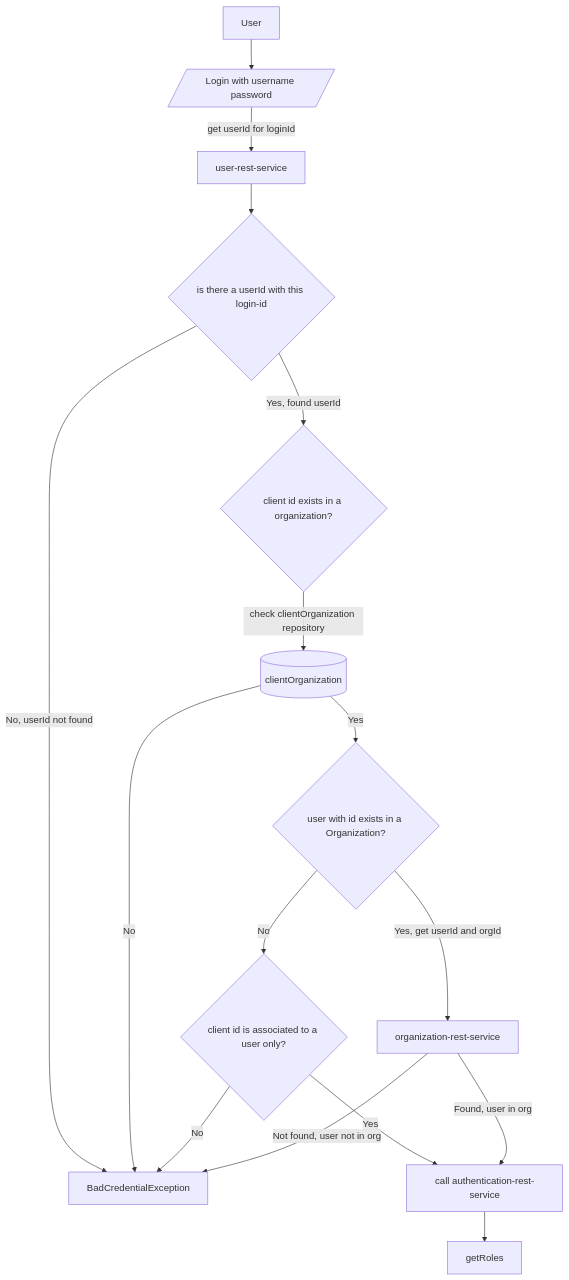
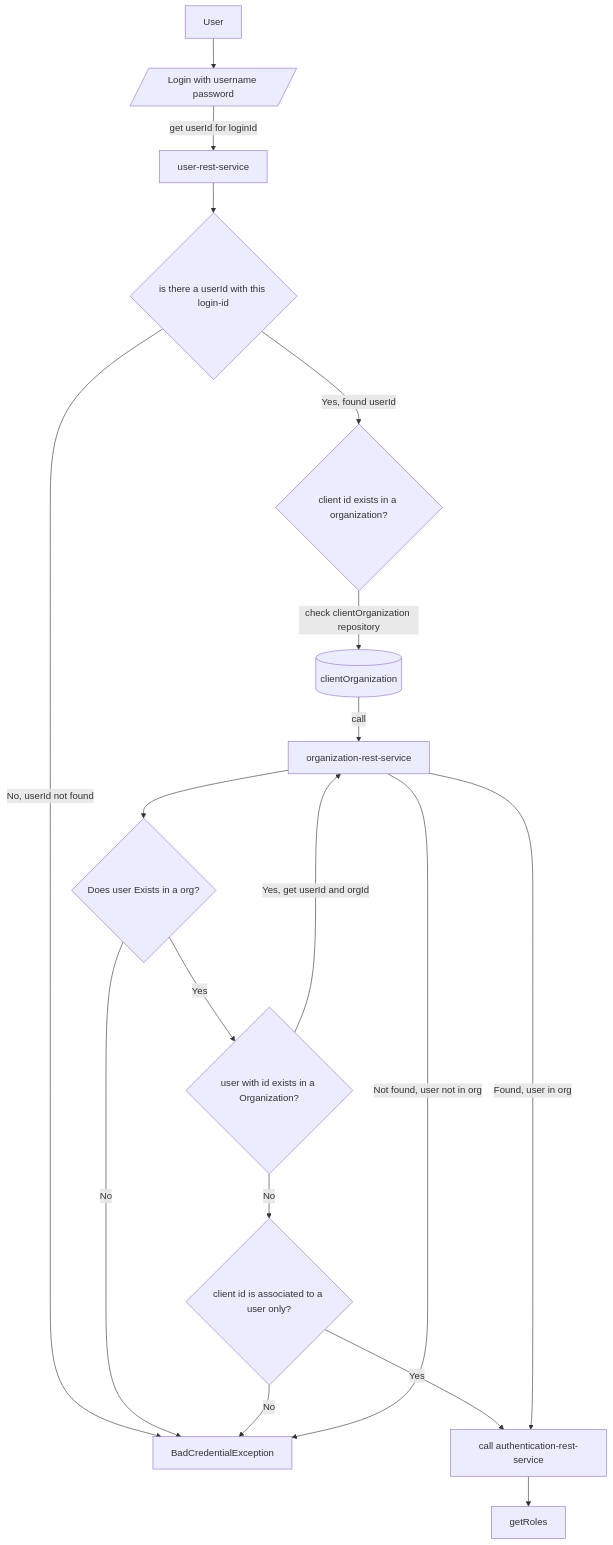
One commit to sonamsamdupkhangsar/spring-authorization-serve changed the diagram in README.md. Above: the diagram before and after it, drawn with Mermaid.

Commit message:
commit reademe

````diff
--- a/README.md
+++ b/README.md
@@ -35,19 +35,23 @@
 ```mermaid
 flowchart TD
  User -->login[/Login with username password/]
  login --get userId for loginId--> userRestService["user-rest-service"]
  userRestService --> getUserId{is there a userId with this login-id}
  getUserId -->|Yes, found userId|checkClientInOrg{client id exists in a organization?}
  getUserId -->|No, userId not found|returnError[BadCredentialException]
  checkClientInOrg --check clientOrganization repository--> clientOrganizationTable[(clientOrganization)]
- clientOrganizationTable -->|Yes| userExistsInOrg{user with id exists in a Organization?}
- clientOrganizationTable -->|No| returnError
+ clientOrganizationTable --call--> organizationRestService["organization-rest-service"]
+ organizationRestService --> checkUserExistsInOrg{Does user Exists in a org?}
+ 
+ checkUserExistsInOrg -->|Yes| userExistsInOrg{user with id exists in a Organization?}
+ checkUserExistsInOrg -->|No| returnError
+ 
  
  userExistsInOrg -->|Yes, get userId and orgId|organizationRestService["organization-rest-service"]
  userExistsInOrg -->|No|checkClientUserAssociation{client id is associated to a user only?}
  checkClientUserAssociation -->|Yes| authenticate
  checkClientUserAssociation -->|No| returnError
  organizationRestService -->|Found, user in org|authenticate["call authentication-rest-service"]
  organizationRestService -->|Not found, user not in org| returnError
  authenticate --> getRoles
 ```
````
